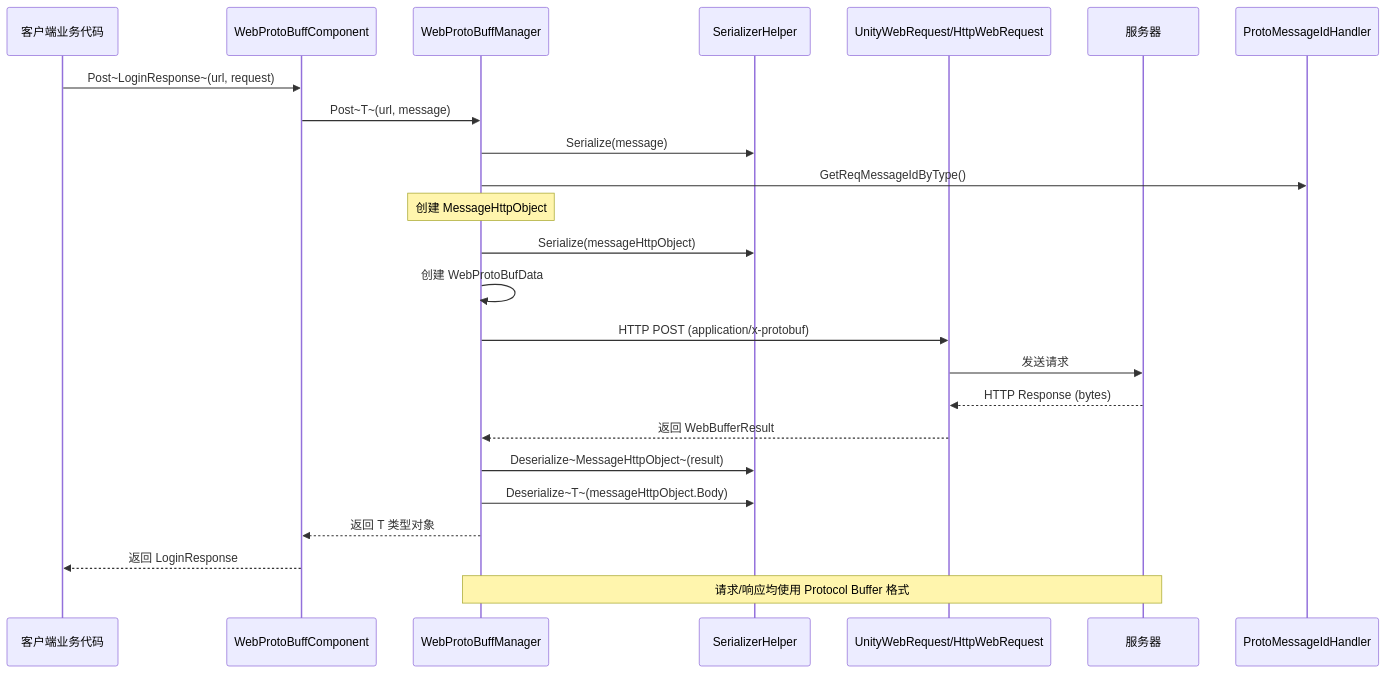
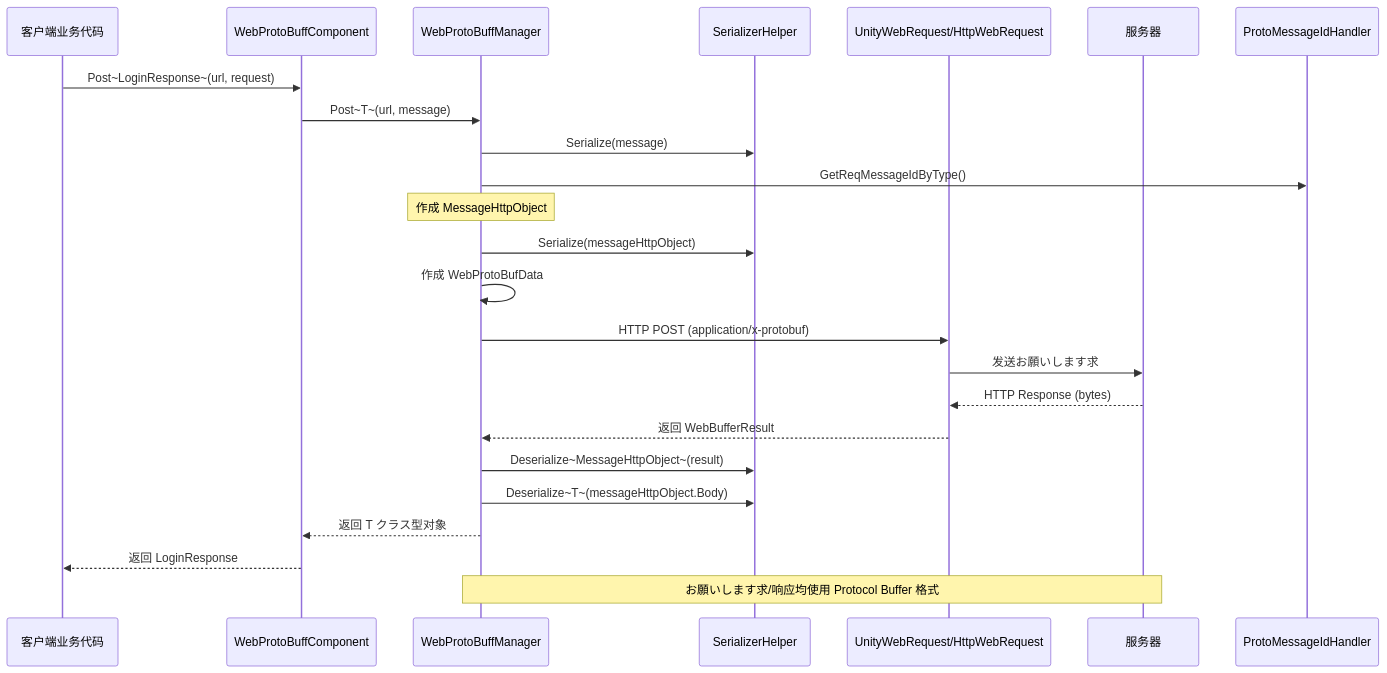
Before and after one commit to AlianBlank/GameFrameX.Docs: the second of 2 diagrams in docs/ja/client/unity/component/web-protobuff/10.message-definition.md, drawn with Mermaid. The commit also changed other lines of this file and 603 other files, not shown here.

````diff
--- a/docs/ja/client/unity/component/web-protobuff/10.message-definition.md
+++ b/docs/ja/client/unity/component/web-protobuff/10.message-definition.md
@@ -59,32 +59,32 @@
 ```mermaid
 sequenceDiagram
     participant Client as 客户端业务代码
     participant Component as WebProtoBuffComponent
     participant Manager as WebProtoBuffManager
     participant Serializer as SerializerHelper
     participant Network as UnityWebRequest/HttpWebRequest
     participant Server as 服务器
 
     Client->>Component: Post~LoginResponse~(url, request)
     Component->>Manager: Post~T~(url, message)
     
     Manager->>Serializer: Serialize(message)
     Manager->>ProtoMessageIdHandler: GetReqMessageIdByType()
     
-    Note over Manager: 创建 MessageHttpObject
+    Note over Manager: 作成 MessageHttpObject
     Manager->>Serializer: Serialize(messageHttpObject)
-    Manager->>Manager: 创建 WebProtoBufData
+    Manager->>Manager: 作成 WebProtoBufData
     
     Manager->>Network: HTTP POST (application/x-protobuf)
-    Network->>Server: 发送请求
+    Network->>Server: 发送お願いします求
     
     Server-->>Network: HTTP Response (bytes)
     Network-->>Manager: 返回 WebBufferResult
     
     Manager->>Serializer: Deserialize~MessageHttpObject~(result)
     Manager->>Serializer: Deserialize~T~(messageHttpObject.Body)
-    Manager-->>Component: 返回 T 类型对象
+    Manager-->>Component: 返回 T クラス型对象
     Component-->>Client: 返回 LoginResponse
     
-    Note over Manager,Server: 请求/响应均使用 Protocol Buffer 格式
+    Note over Manager,Server: お願いします求/响应均使用 Protocol Buffer 格式
 ```
````
